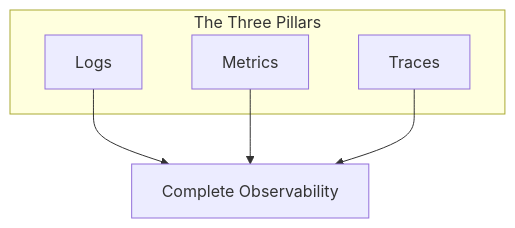
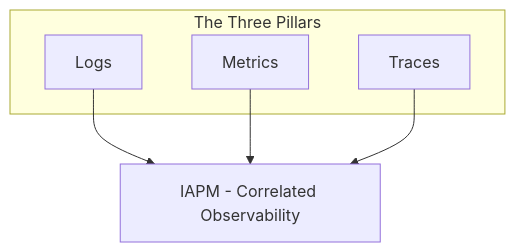
One commit to ImmersiveFusion/if-apm-documentation-http changed the diagram in docs/Resources/Terms-and-Concepts/Observability/index.md. Above: the diagram before and after it, drawn with Mermaid. The commit also changed other lines of this file and 63 other files, not shown here.

````diff
--- a/docs/Resources/Terms-and-Concepts/Observability/index.md
+++ b/docs/Resources/Terms-and-Concepts/Observability/index.md
@@ -9,11 +9,11 @@
 ```mermaid
 graph TD
     subgraph "The Three Pillars"
         L[Logs]
         M[Metrics]
         T[Traces]
     end
-    L --> O[Complete Observability]
+    L --> O[IAPM - Correlated Observability]
     M --> O
     T --> O
 ```
````
